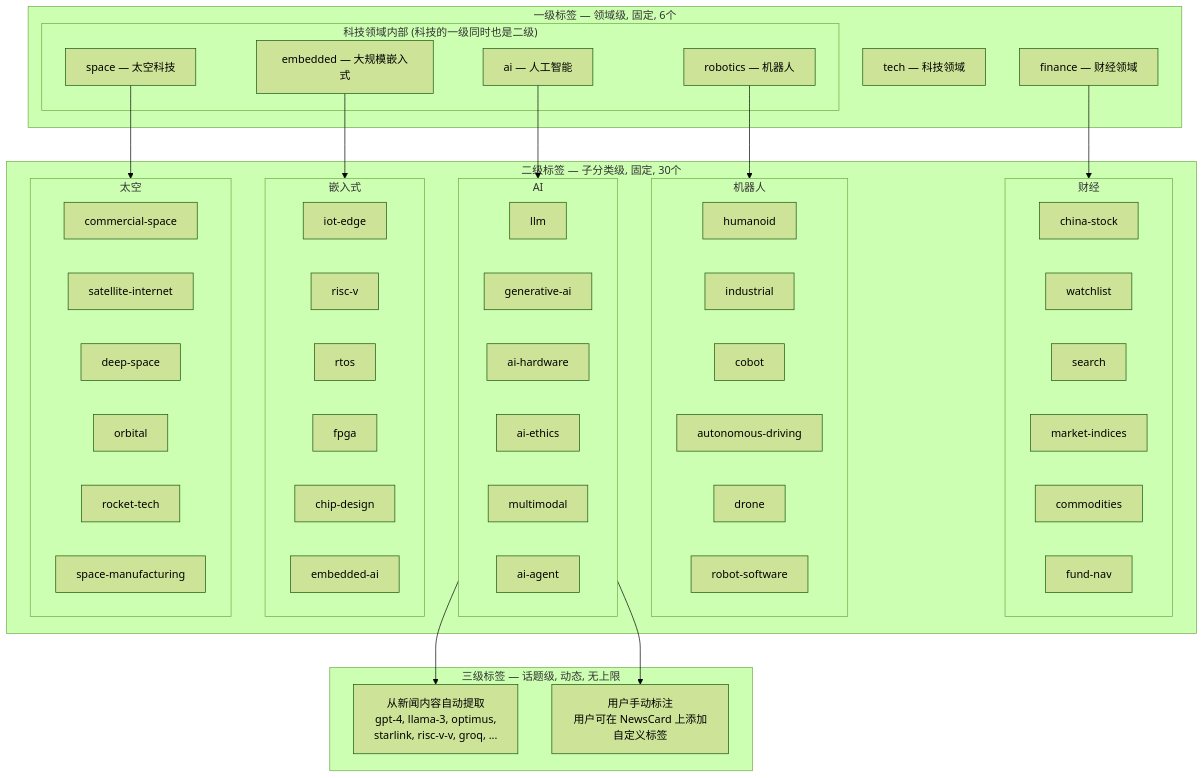
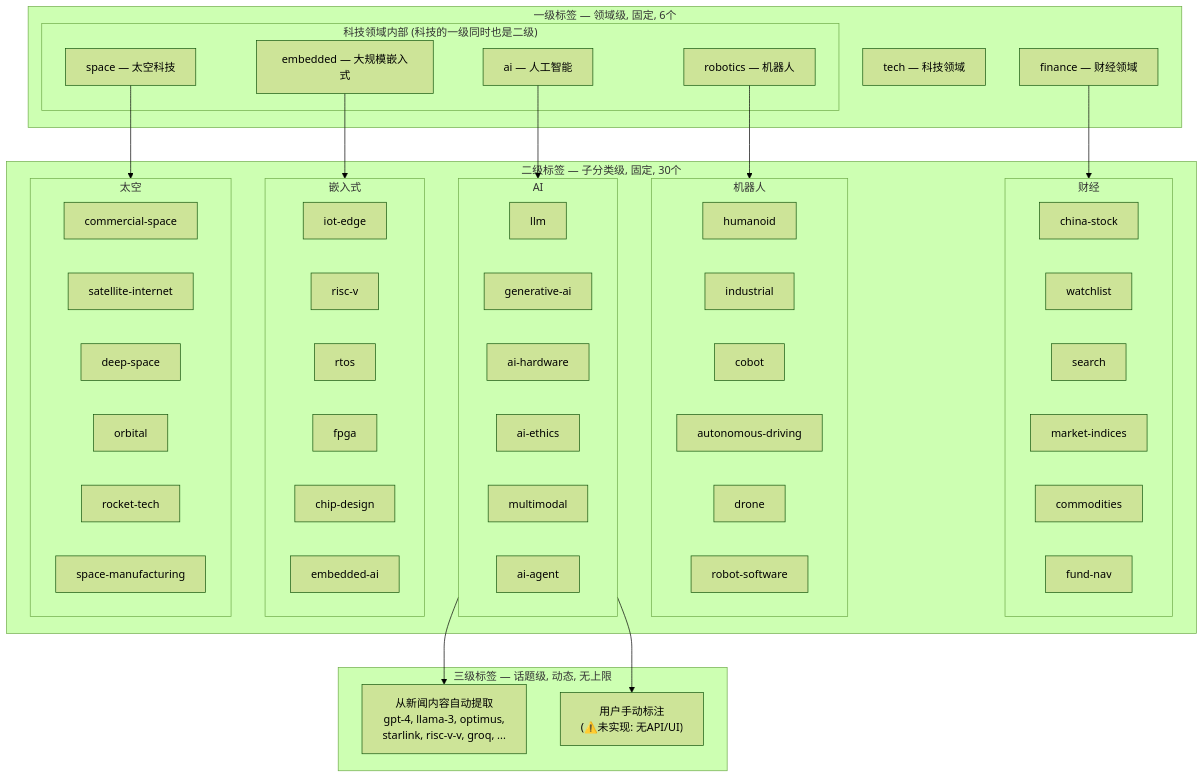
One commit to onceme/instantboard changed the fifth of 6 diagrams in docs/design/content-categories.md. Above: the diagram before and after it, drawn with Mermaid (forest theme). The commit also changed other lines of this file and 14 other files, not shown here.

````diff
--- a/docs/design/content-categories.md
+++ b/docs/design/content-categories.md
@@ -437,66 +479,66 @@
 ```mermaid
 graph TD
     subgraph level1_tags["一级标签 — 领域级, 固定, 6个"]
         t_finance["finance — 财经领域"]
         t_tech["tech — 科技领域"]
         subgraph tech_level1["科技领域内部 (科技的一级同时也是二级)"]
             t_robotics["robotics — 机器人"]
             t_ai["ai — 人工智能"]
             t_embedded["embedded — 大规模嵌入式"]
             t_space["space — 太空科技"]
         end
     end
     subgraph level2_tags["二级标签 — 子分类级, 固定, 30个"]
         subgraph fin_l2["财经"]
             l2_cs["china-stock"]
             l2_wl["watchlist"]
             l2_s["search"]
             l2_mi["market-indices"]
             l2_com["commodities"]
             l2_fn["fund-nav"]
         end
         subgraph rob_l2["机器人"]
             l2_h["humanoid"]
             l2_ind["industrial"]
             l2_cob["cobot"]
             l2_ad["autonomous-driving"]
             l2_dr["drone"]
             l2_rs["robot-software"]
         end
         subgraph ai_l2["AI"]
             l2_llm["llm"]
             l2_gen["generative-ai"]
             l2_ahw["ai-hardware"]
             l2_eth["ai-ethics"]
             l2_mm["multimodal"]
             l2_agt["ai-agent"]
         end
         subgraph emb_l2["嵌入式"]
             l2_iot["iot-edge"]
             l2_rv["risc-v"]
             l2_rt["rtos"]
             l2_fpga["fpga"]
             l2_cd["chip-design"]
             l2_eai["embedded-ai"]
         end
         subgraph sp_l2["太空"]
             l2_cs2["commercial-space"]
             l2_sat["satellite-internet"]
             l2_ds["deep-space"]
             l2_orb["orbital"]
             l2_rkt["rocket-tech"]
             l2_smf["space-manufacturing"]
         end
     end
     subgraph level3_tags["三级标签 — 话题级, 动态, 无上限"]
         auto["从新闻内容自动提取<br/>gpt-4, llama-3, optimus,<br/>starlink, risc-v-v, groq, ..."]
-        manual["用户手动标注<br/>用户可在 NewsCard 上添加自定义标签"]
+        manual["用户手动标注<br/>(⚠️未实现: 无API/UI)"]
     end
     t_finance --> fin_l2
     t_ai --> ai_l2
     t_robotics --> rob_l2
     t_embedded --> emb_l2
     t_space --> sp_l2
     ai_l2 --> auto
     ai_l2 --> manual
 ```
````
